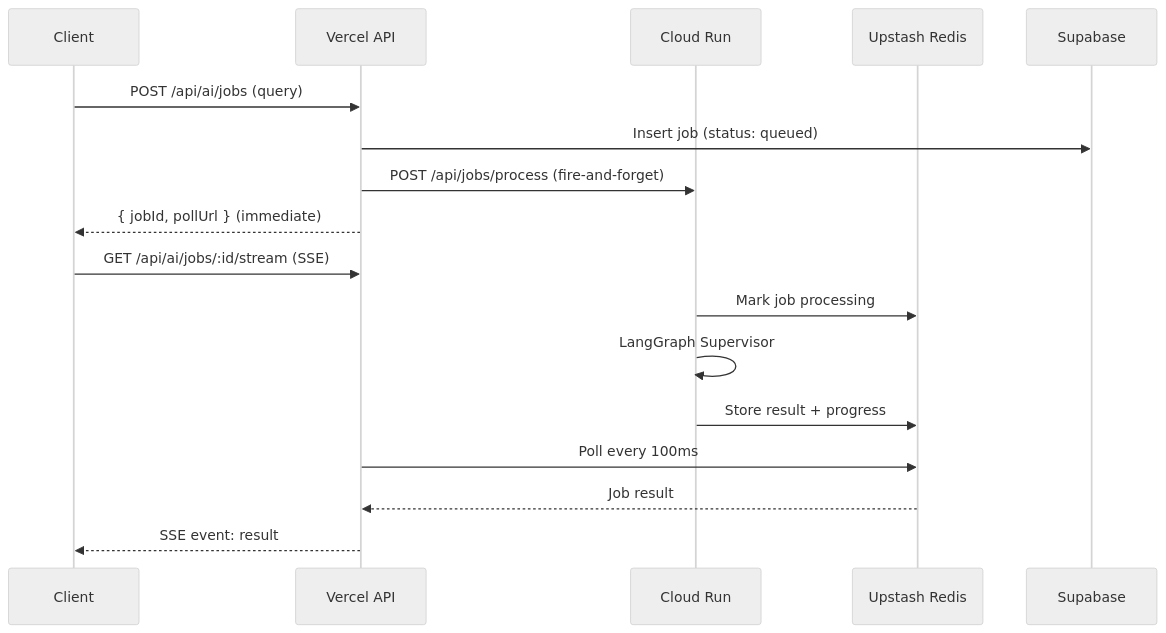
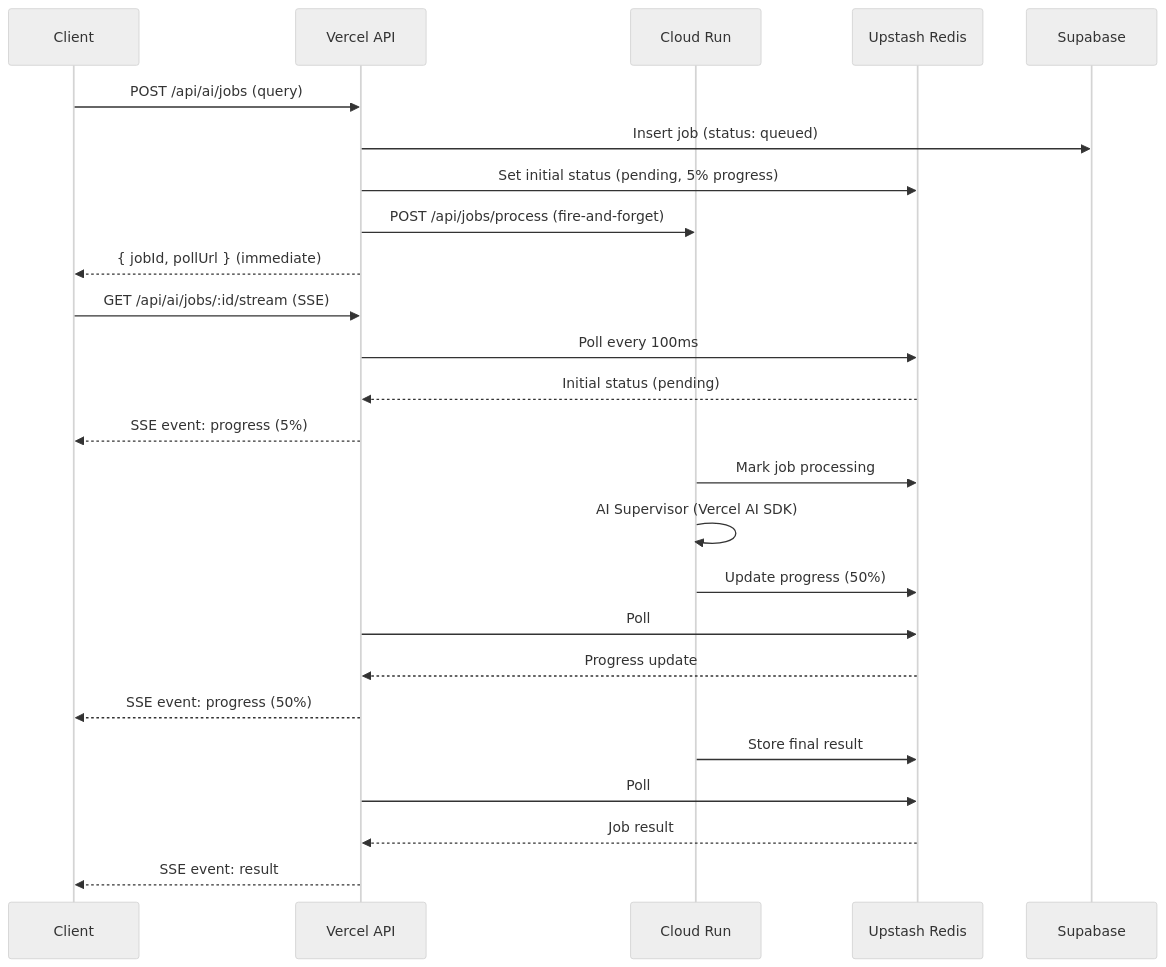
The second of 3 diagrams in docs/core/architecture/ai/ai-engine-architecture.md (skyasu2/openmanager-vibe-v5), drawn with Mermaid (neutral theme) before and after one commit. The commit also changed other lines of this file and 1 other file, not shown here.

First line of the commit message:
fix(jobs): Redis 에러 핸들링 Graceful Degradation 적용

````diff
--- a/docs/core/architecture/ai/ai-engine-architecture.md
+++ b/docs/core/architecture/ai/ai-engine-architecture.md
@@ -302,23 +302,31 @@
 ```mermaid
 sequenceDiagram
     participant Client
     participant Vercel as Vercel API
     participant CloudRun as Cloud Run
     participant Redis as Upstash Redis
     participant Supabase
 
     Client->>Vercel: POST /api/ai/jobs (query)
     Vercel->>Supabase: Insert job (status: queued)
+    Vercel->>Redis: Set initial status (pending, 5% progress)
     Vercel->>CloudRun: POST /api/jobs/process (fire-and-forget)
     Vercel-->>Client: { jobId, pollUrl } (immediate)
 
     Client->>Vercel: GET /api/ai/jobs/:id/stream (SSE)
+    Vercel->>Redis: Poll every 100ms
+    Redis-->>Vercel: Initial status (pending)
+    Vercel-->>Client: SSE event: progress (5%)
 
     CloudRun->>Redis: Mark job processing
-    CloudRun->>CloudRun: LangGraph Supervisor
-    CloudRun->>Redis: Store result + progress
+    CloudRun->>CloudRun: AI Supervisor (Vercel AI SDK)
+    CloudRun->>Redis: Update progress (50%)
+    Vercel->>Redis: Poll
+    Redis-->>Vercel: Progress update
+    Vercel-->>Client: SSE event: progress (50%)
 
-    Vercel->>Redis: Poll every 100ms
+    CloudRun->>Redis: Store final result
+    Vercel->>Redis: Poll
     Redis-->>Vercel: Job result
     Vercel-->>Client: SSE event: result
 ```
````
